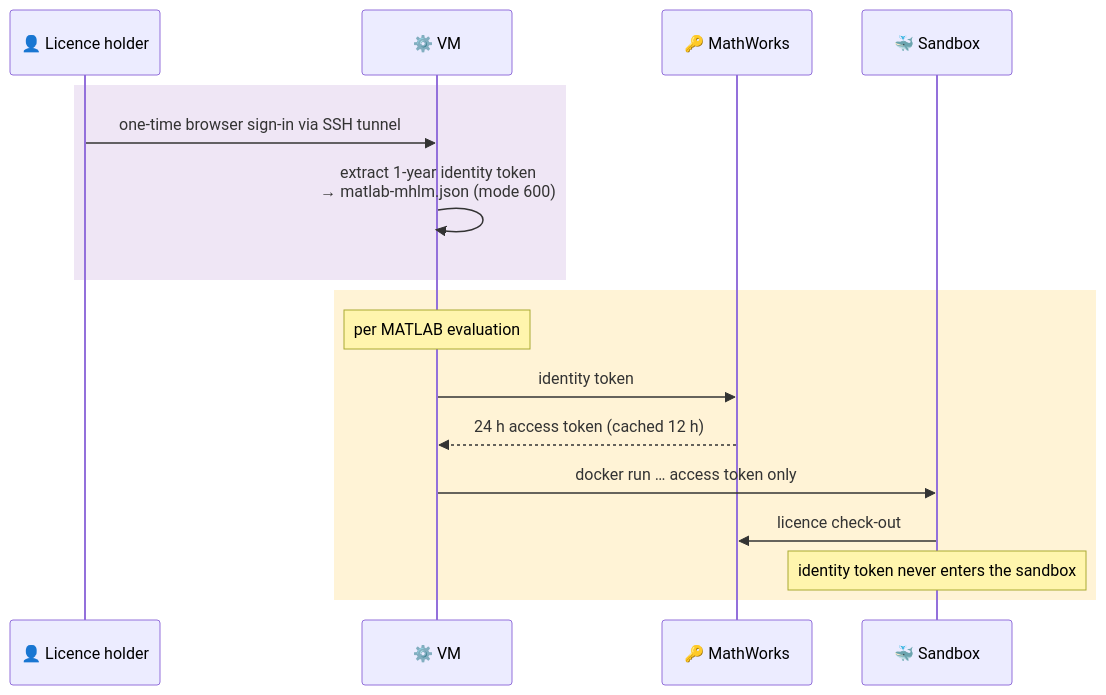
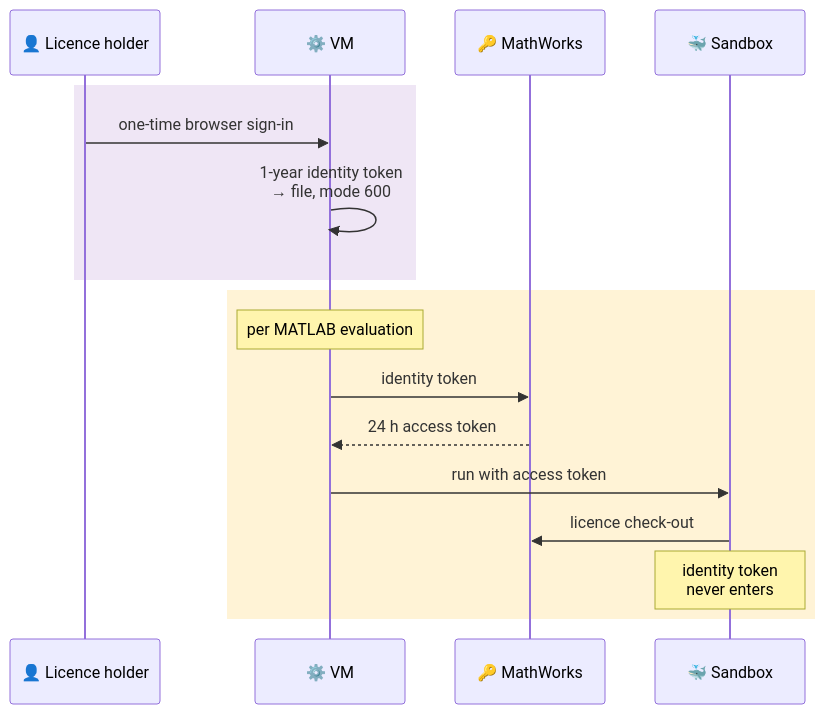
Before and after one commit to McMaster-Battery-Research-Group/battery-soc-benchmark: the fourth of 7 diagrams in docs/walkthrough/11-infrastructure-and-operations.md, drawn with Mermaid. The commit also changed other lines of this file and 10 other files, not shown here.

Commit message:
Walkthrough: every diagram now fits GitHub's content column (no scaling), larger timeline fonts, bigger logos

````diff
--- a/docs/walkthrough/11-infrastructure-and-operations.md
+++ b/docs/walkthrough/11-infrastructure-and-operations.md
@@ -91,20 +84,20 @@
 ```mermaid
 sequenceDiagram
     participant O as 👤 Licence holder
     participant VM as ⚙️ VM
     participant MW as 🔑 MathWorks
     participant S as 🐳 Sandbox
 
     rect rgb(239,230,245)
-    O->>VM: one-time browser sign-in via SSH tunnel
-    VM->>VM: extract 1-year identity token<br/>→ matlab-mhlm.json (mode 600)
+    O->>VM: one-time browser sign-in
+    VM->>VM: 1-year identity token<br/>→ file, mode 600
     end
     rect rgb(255,243,214)
     Note over VM: per MATLAB evaluation
     VM->>MW: identity token
-    MW-->>VM: 24 h access token (cached 12 h)
-    VM->>S: docker run … access token only
+    MW-->>VM: 24 h access token
+    VM->>S: run with access token
     S->>MW: licence check-out
-    Note over S: identity token never enters the sandbox
+    Note over S: identity token<br/>never enters
     end
 ```
````
